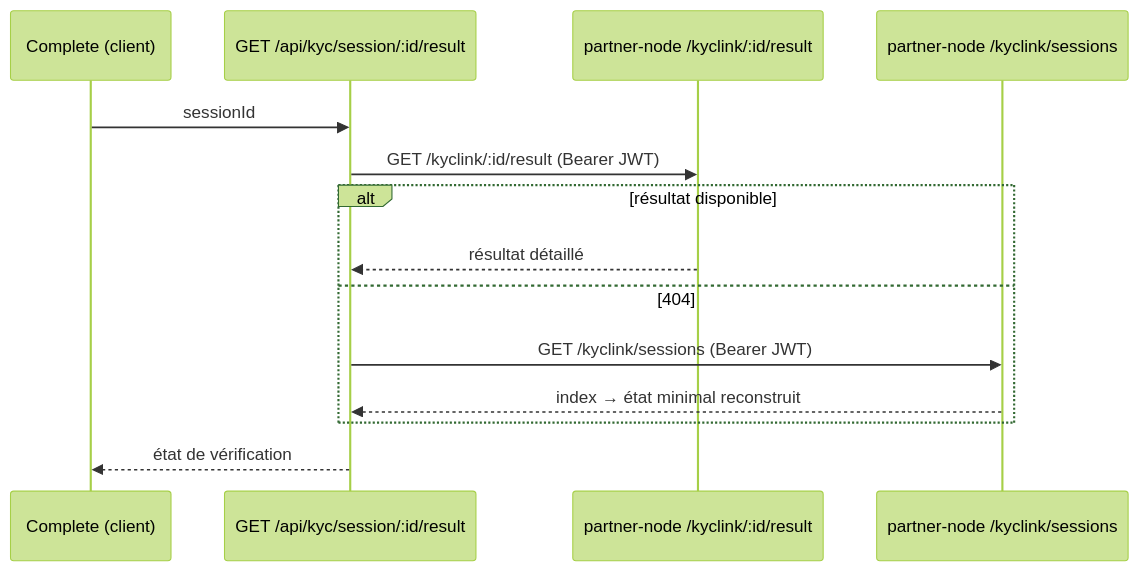
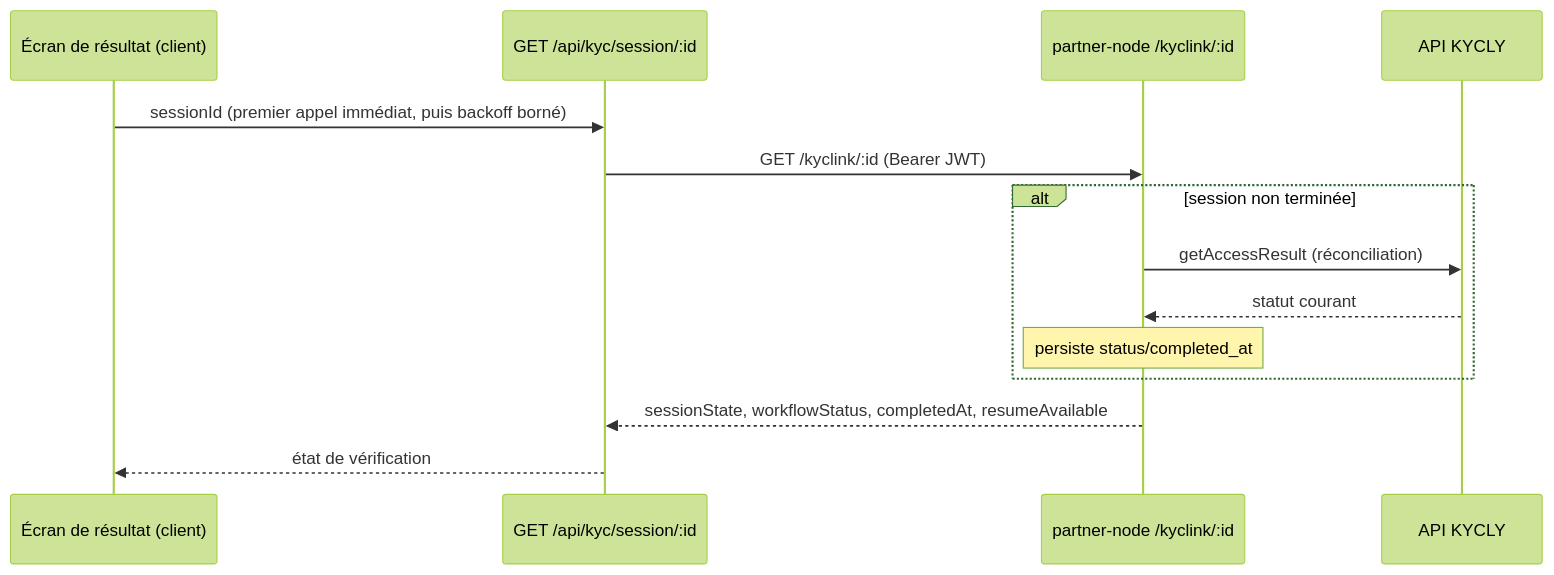
Before and after one commit to kycly/whitelabel-vercel: the second of 2 diagrams in docs/architecture/data-flows/kyc-session-create.md, drawn with Mermaid (forest theme). The commit also changed other lines of this file and 1 other file, not shown here.

Commit message:
docs: purger les residus du contrat /result
Revue independante — la consigne "zero vestige, docs comprises" n'etait pas tenue
cote whitelabel : README.md annoncait toujours la route supprimee, et
kyc-session-create.md portait un diagramme mermaid entier decrivant un repli
404 vers l'index qui n'existait deja plus dans le code.

Le diagramme est remplace par la sequence reelle : lecture canonique unique,
reconciliation amont cote partner-node, pas de repli.

````diff
--- a/docs/architecture/data-flows/kyc-session-create.md
+++ b/docs/architecture/data-flows/kyc-session-create.md
@@ -43,17 +43,17 @@
 ```mermaid
 sequenceDiagram
-    participant UI as Complete (client)
-    participant R as GET /api/kyc/session/:id/result
-    participant PN as partner-node /kyclink/:id/result
-    participant L as partner-node /kyclink/sessions
+    participant UI as Écran de résultat (client)
+    participant S as GET /api/kyc/session/:id
+    participant PN as partner-node /kyclink/:id
+    participant KY as API KYCLY
 
-    UI->>R: sessionId
-    R->>PN: GET /kyclink/:id/result (Bearer JWT)
-    alt résultat disponible
-        PN-->>R: résultat détaillé
-    else 404
-        R->>L: GET /kyclink/sessions (Bearer JWT)
-        L-->>R: index → état minimal reconstruit
+    UI->>S: sessionId (premier appel immédiat, puis backoff borné)
+    S->>PN: GET /kyclink/:id (Bearer JWT)
+    alt session non terminée
+        PN->>KY: getAccessResult (réconciliation)
+        KY-->>PN: statut courant
+        Note over PN: persiste status/completed_at
     end
-    R-->>UI: état de vérification
+    PN-->>S: sessionState, workflowStatus, completedAt, resumeAvailable
+    S-->>UI: état de vérification
 ```
````
